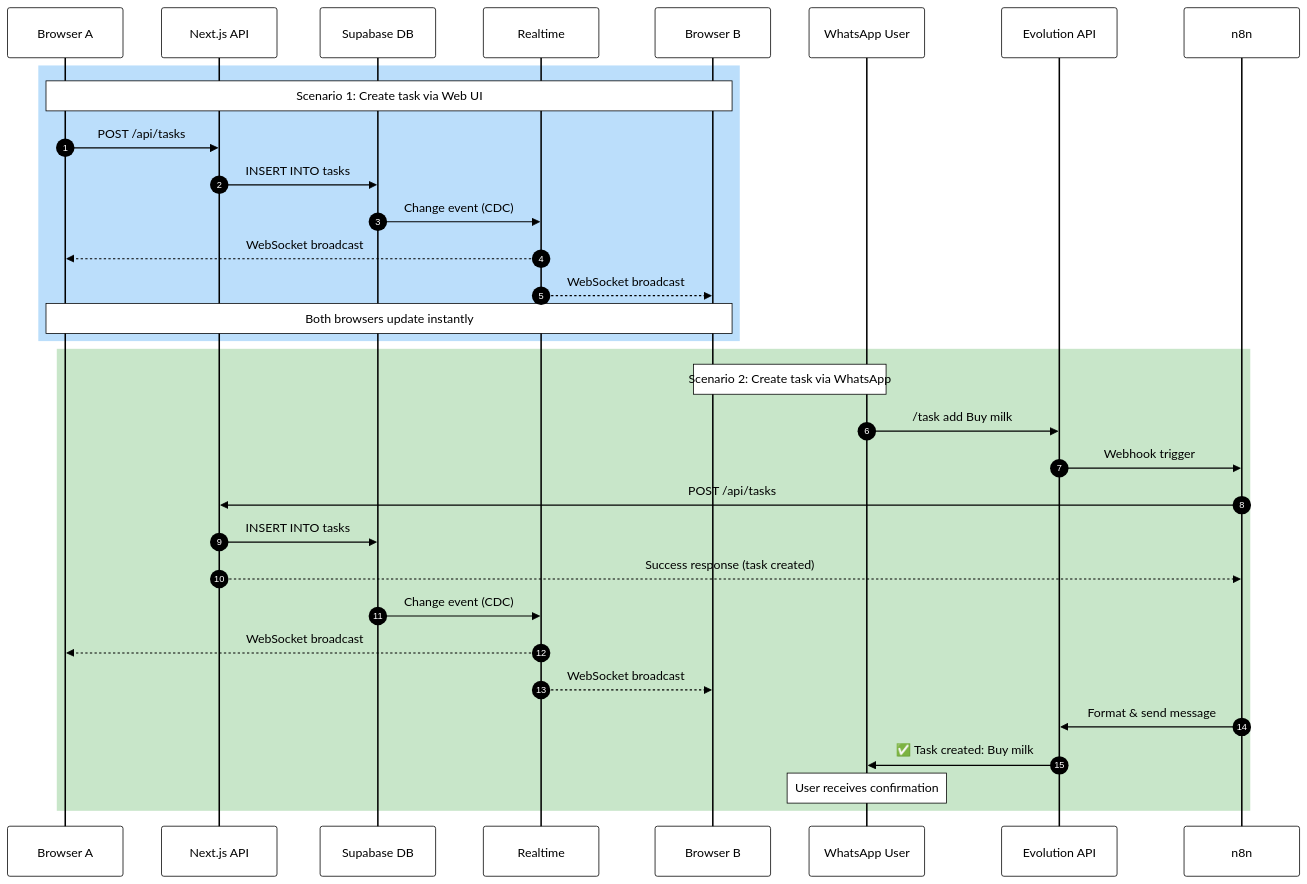
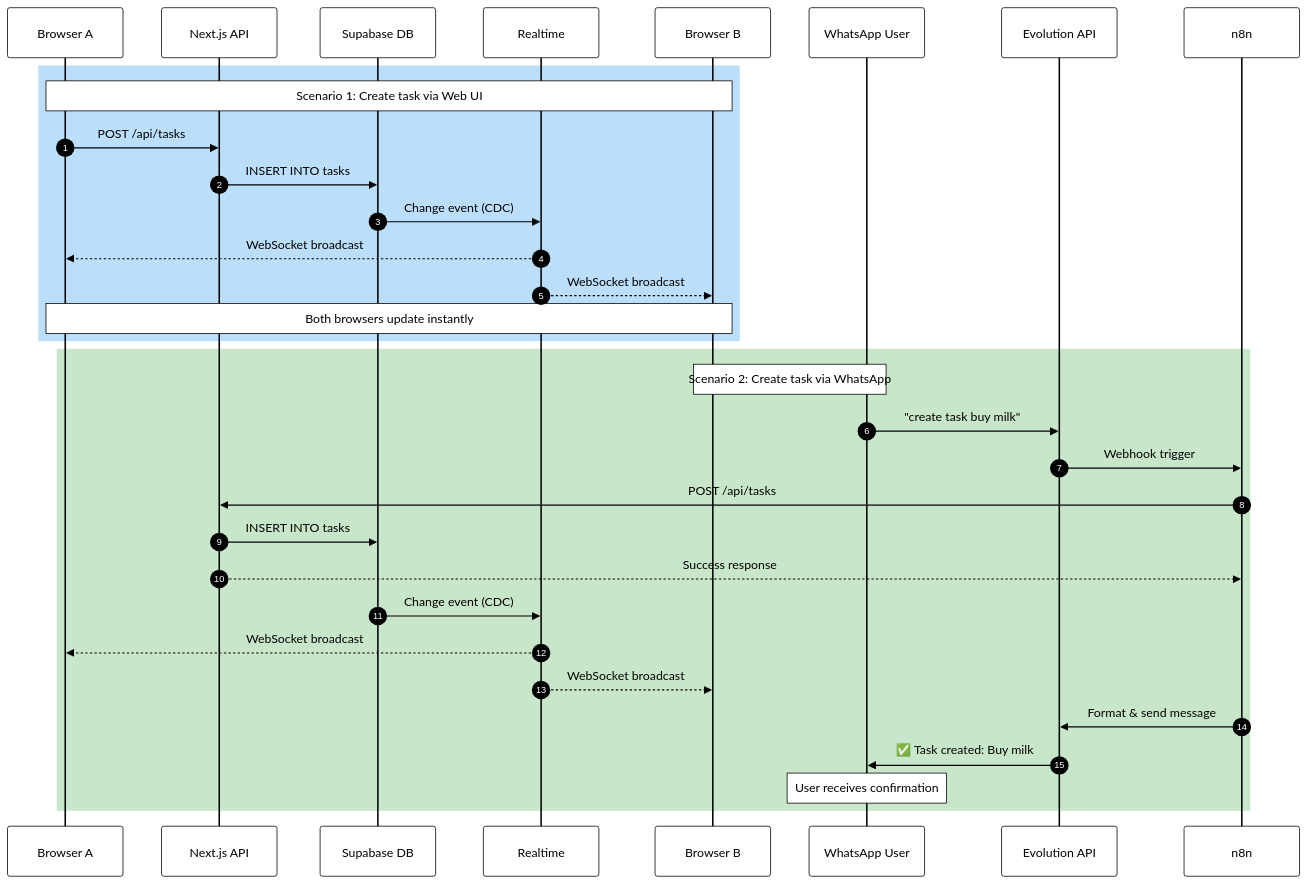
One commit to brcassiano/TaskFlow changed the second of 2 diagrams in README.md. Above: the diagram before and after it, drawn with Mermaid. The commit also changed other lines of this file, not shown here.

````diff
--- a/README.md
+++ b/README.md
@@ -93,38 +87,38 @@
 ```mermaid
 %%{init: {'theme':'base', 'themeVariables': { 'primaryColor':'#fff','primaryTextColor':'#000','primaryBorderColor':'#000','lineColor':'#000','secondaryColor':'#fff','tertiaryColor':'#fff','noteTextColor':'#000','noteBkgColor':'#fff','noteBorderColor':'#000'}}}%%
 sequenceDiagram
     autonumber
     participant WEB as Browser A
     participant API as Next.js API
     participant DB as Supabase DB
     participant RT as Realtime
     participant WEB2 as Browser B
     participant WA as WhatsApp User
     participant EVO as Evolution API
     participant N8N as n8n
     
     rect rgb(187, 222, 251)
         Note over WEB,WEB2: Scenario 1: Create task via Web UI
         WEB->>API: POST /api/tasks
         API->>DB: INSERT INTO tasks
         DB->>RT: Change event (CDC)
         RT-->>WEB: WebSocket broadcast
         RT-->>WEB2: WebSocket broadcast
         Note over WEB,WEB2: Both browsers update instantly
     end
 
     rect rgb(200, 230, 201)
         Note over WA,WEB2: Scenario 2: Create task via WhatsApp
-        WA->>EVO: /task add Buy milk
+        WA->>EVO: "create task buy milk"
         EVO->>N8N: Webhook trigger
         N8N->>API: POST /api/tasks
         API->>DB: INSERT INTO tasks
-        API-->>N8N: Success response (task created)
+        API-->>N8N: Success response
         DB->>RT: Change event (CDC)
         RT-->>WEB: WebSocket broadcast
         RT-->>WEB2: WebSocket broadcast
         N8N->>EVO: Format & send message
         EVO->>WA: ✅ Task created: Buy milk
         Note over WA: User receives confirmation
     end
 ```
````
